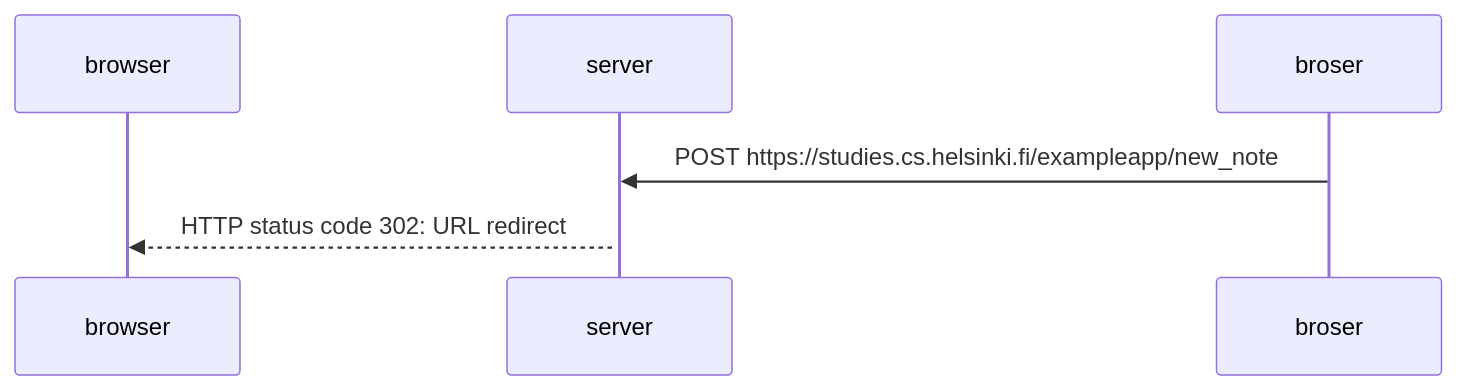
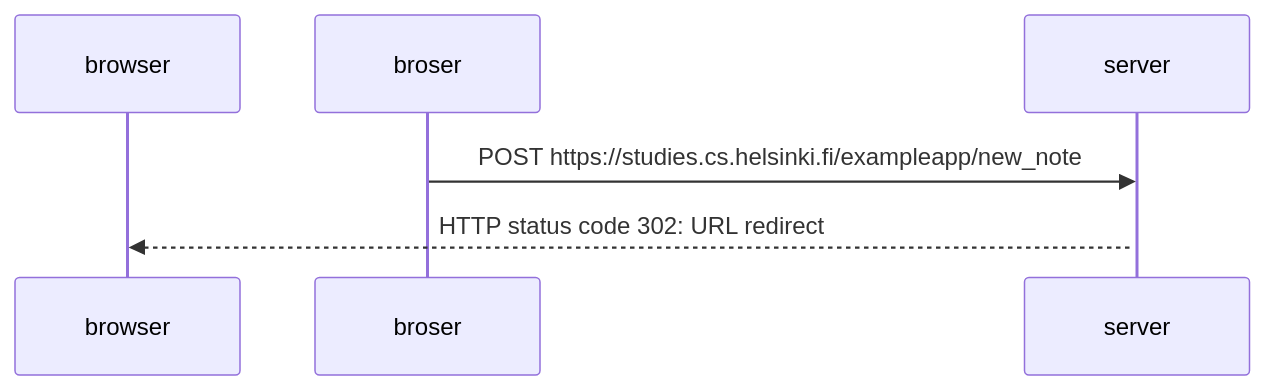
The diagram in part0/exercise0-4.md (valli259/Fullstack-exercises), drawn with Mermaid before and after one commit.

````diff
--- a/part0/exercise0-4.md
+++ b/part0/exercise0-4.md
@@ -1,8 +1,7 @@
 ```mermaid
   sequenceDiagram
     participant browser
-    participant server
     broser->>server: POST https://studies.cs.helsinki.fi/exampleapp/new_note
 activate server
 server-->>browser: HTTP status code 302: URL redirect
 ```
````
